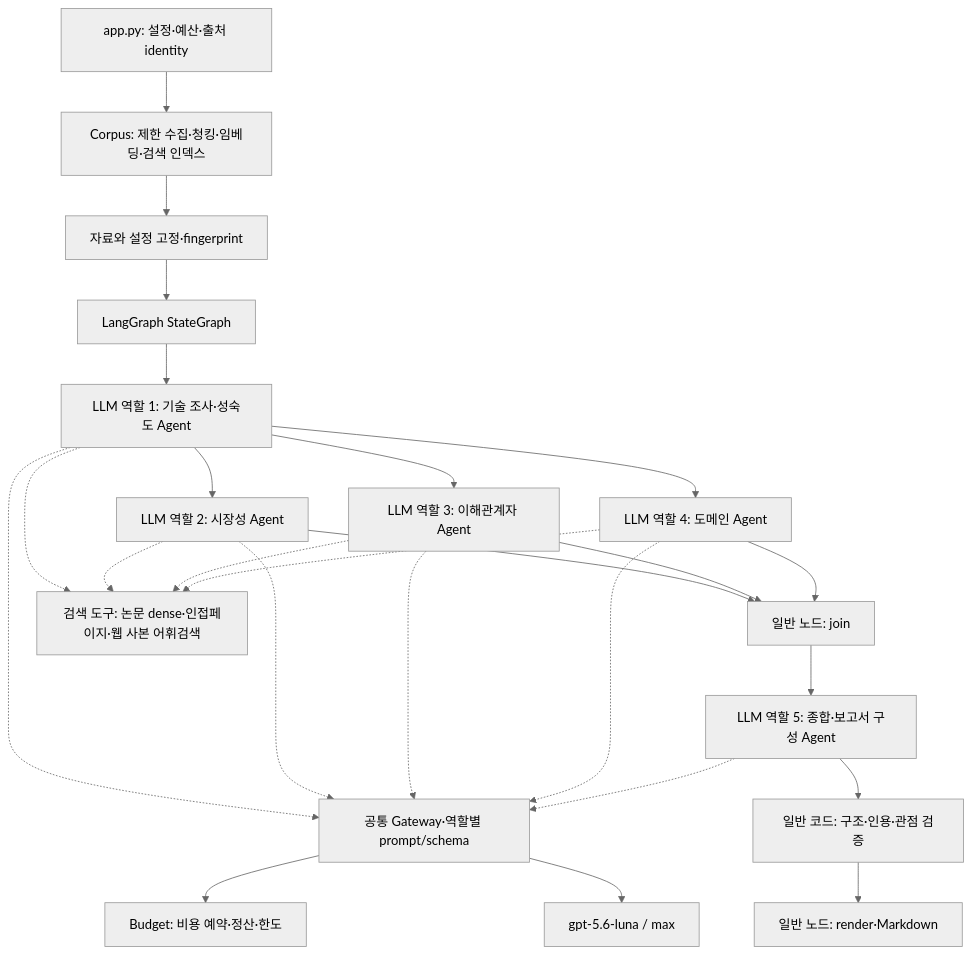
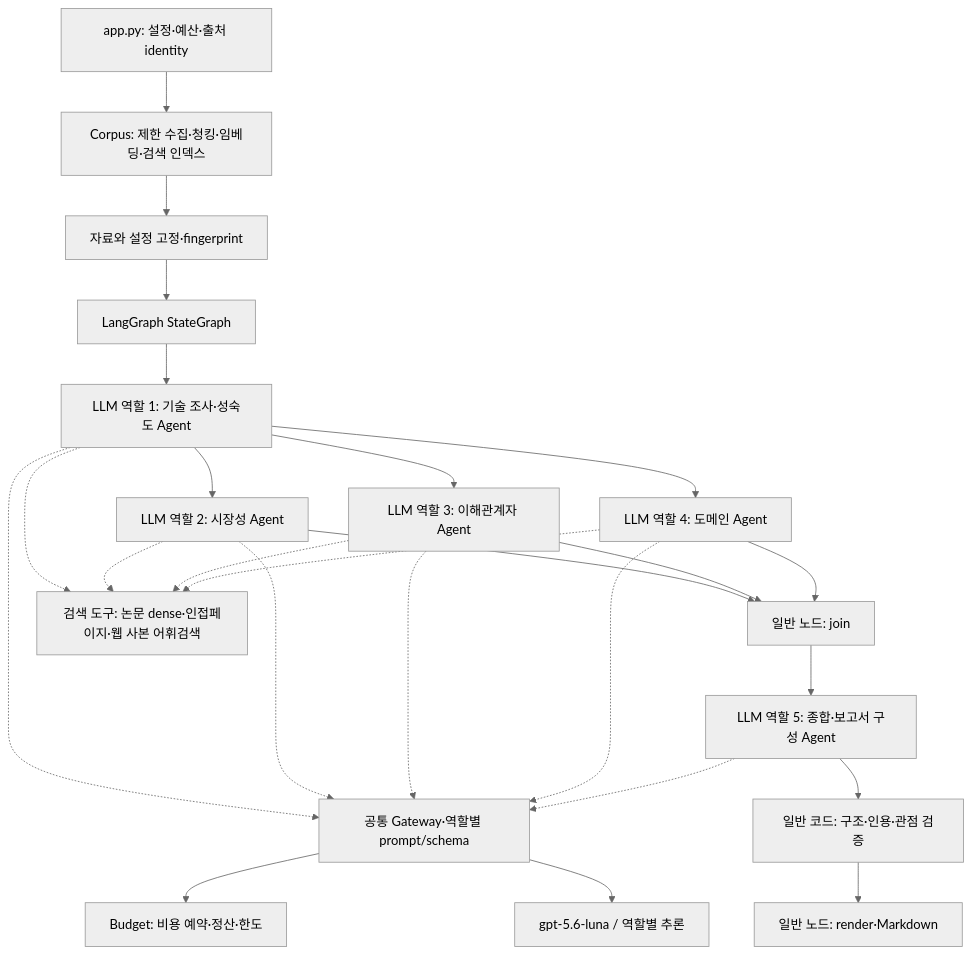
Before and after one commit to pbjuni1007-cmyk/rag-reserve: the seventh of 7 diagrams in docs/design-report.md, drawn with Mermaid (neutral theme). The commit also changed other lines of this file and 59 other files, not shown here.

````diff
--- a/docs/design-report.md
+++ b/docs/design-report.md
@@ -262,27 +256,27 @@
 ```mermaid
 flowchart TB
  CLI["app.py: 설정·예산·출처 identity"] --> PREP["Corpus: 제한 수집·청킹·임베딩·검색 인덱스"]
  PREP --> FIX["자료와 설정 고정·fingerprint"]
  FIX --> SG["LangGraph StateGraph"]
  SG --> R["LLM 역할 1: 기술 조사·성숙도 Agent"]
  R --> M["LLM 역할 2: 시장성 Agent"]
  R --> S["LLM 역할 3: 이해관계자 Agent"]
  R --> D["LLM 역할 4: 도메인 Agent"]
  M --> J["일반 노드: join"]
  S --> J
  D --> J
  J --> Y["LLM 역할 5: 종합·보고서 구성 Agent"]
  Y --> V["일반 코드: 구조·인용·관점 검증"]
  V --> O["일반 노드: render·Markdown"]
  R -.-> G["공통 Gateway·역할별 prompt/schema"]
  M -.-> G
  S -.-> G
  D -.-> G
  Y -.-> G
- G --> API["gpt-5.6-luna / max"]
+ G --> API["gpt-5.6-luna / 역할별 추론"]
  G --> B["Budget: 비용 예약·정산·한도"]
  R -.-> C["검색 도구: 논문 dense·인접페이지·웹 사본 어휘검색"]
  M -.-> C
  S -.-> C
  D -.-> C
 ```
````
